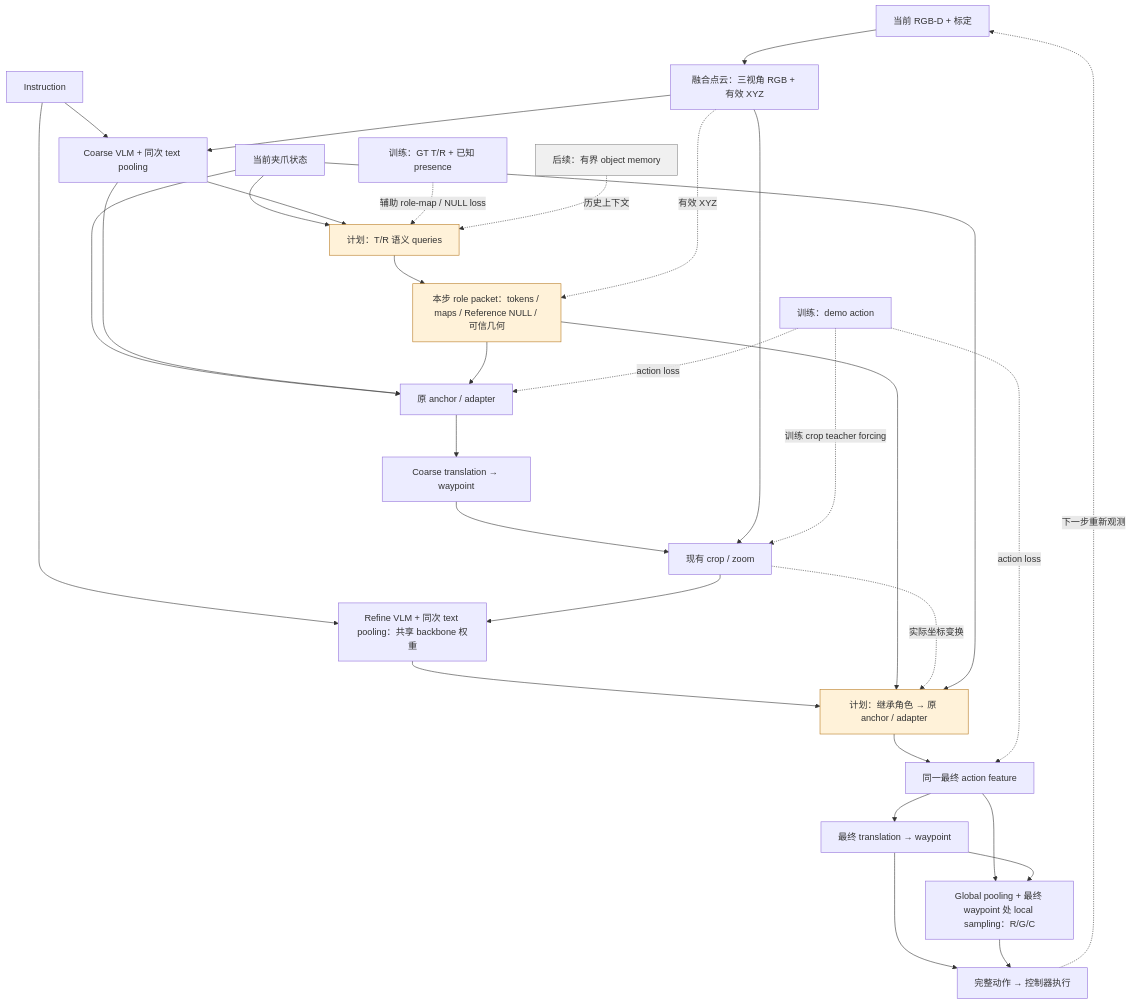
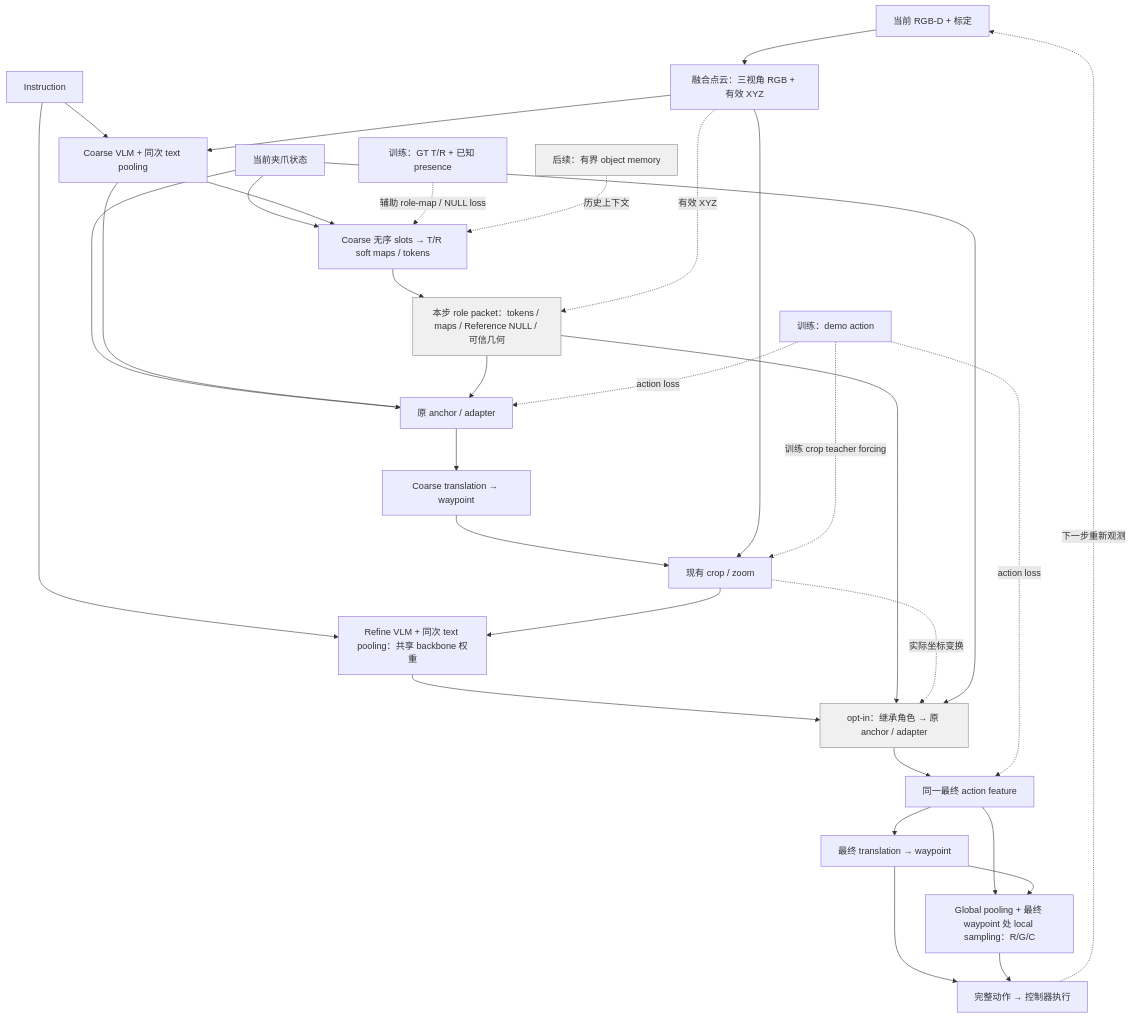
The first of 2 diagrams in docs/design/role-relation-prior.md (YW310/BridgeVLA), drawn with Mermaid before and after one commit. The commit also changed other lines of this file and 26 other files, not shown here.

````diff
--- a/docs/design/role-relation-prior.md
+++ b/docs/design/role-relation-prior.md
@@ -14,39 +14,37 @@
 ```mermaid
 flowchart TB
     O["当前 RGB-D + 标定"] --> P["融合点云：三视角 RGB + 有效 XYZ"]
     I["Instruction"] --> VC
     I --> VF
     ST["当前夹爪状态"] --> Q
     ST --> AC
     P --> VC["Coarse VLM + 同次 text pooling"]
-    VC --> Q["计划：T/R 语义 queries"]
+    VC --> Q["Coarse 无序 slots → T/R soft maps / tokens"]
     Q --> K["本步 role packet：tokens / maps / Reference NULL / 可信几何"]
     P -.有效 XYZ.-> K
     VC --> AC["原 anchor / adapter"]
     K --> AC
     AC --> WC["Coarse translation → waypoint"]
     WC --> C["现有 crop / zoom"]
     P --> C
     C --> VF["Refine VLM + 同次 text pooling：共享 backbone 权重"]
-    VF --> AR["计划：继承角色 → 原 anchor / adapter"]
+    VF --> AR["opt-in：继承角色 → 原 anchor / adapter"]
     K --> AR
     C -.实际坐标变换.-> AR
     ST --> AR
     AR --> F["同一最终 action feature"]
     F --> WT["最终 translation → waypoint"]
     F --> RGC["Global pooling + 最终 waypoint 处 local sampling：R/G/C"]
     WT --> RGC
     WT --> A["完整动作 → 控制器执行"]
     RGC --> A
     A -.下一步重新观测.-> O
     GT["训练：GT T/R + 已知 presence"] -.辅助 role-map / NULL loss.-> Q
     D["训练：demo action"] -.action loss.-> AC
     D -.action loss.-> F
     D -.训练 crop teacher forcing.-> C
     M["后续：有界 object memory"] -.历史上下文.-> Q
 
-    classDef planned fill:#fff2d9,stroke:#b7791f;
     classDef optional fill:#f0f0f0,stroke:#888;
-    class Q,K,AR planned;
-    class M optional;
+    class K,AR,M optional;
 ```
````
